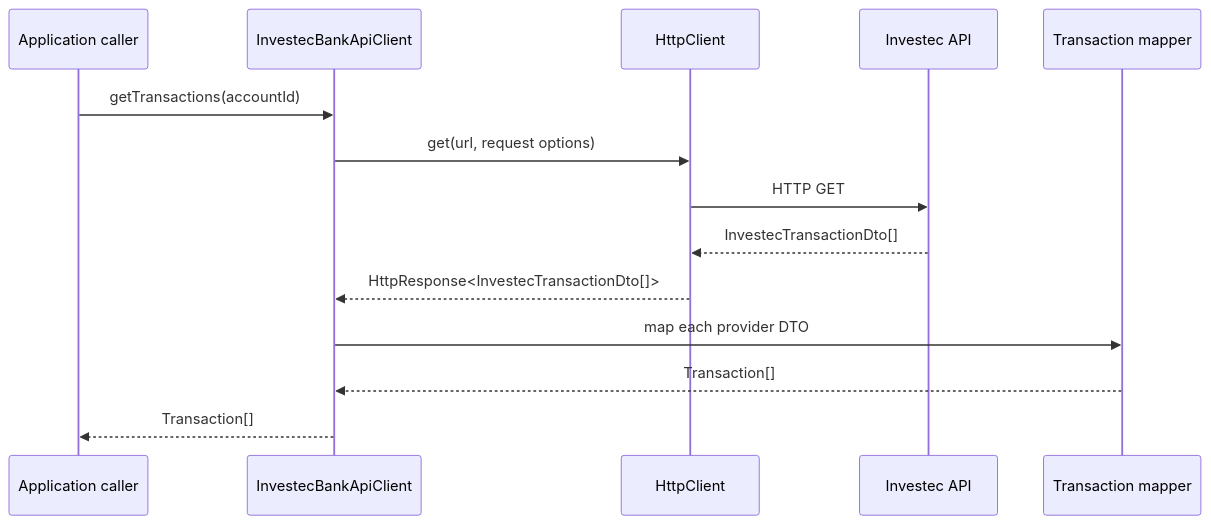
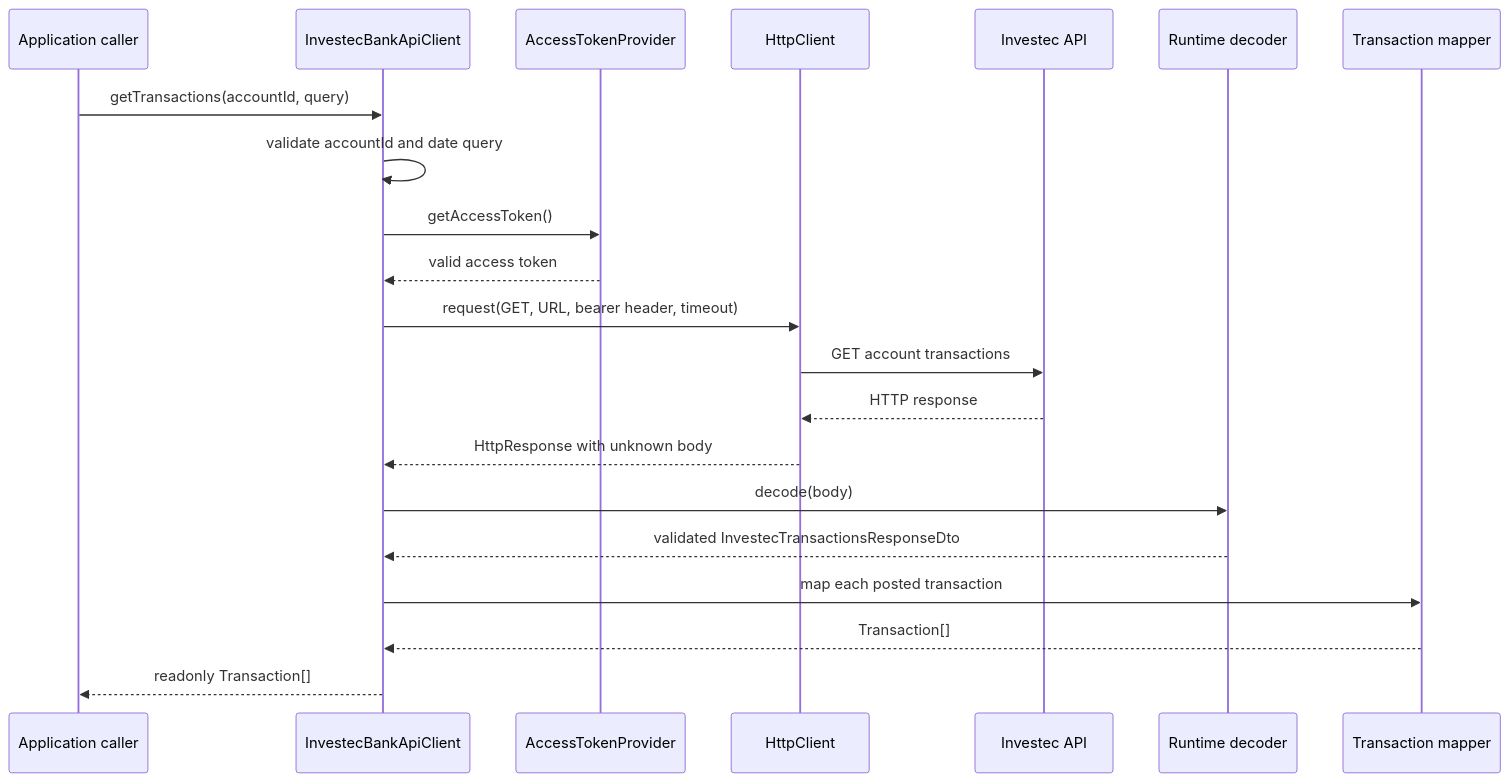
The second of 2 diagrams in docs/spec/05_services-design.md (tjabane/tjabane.agent.tjhelete), drawn with Mermaid before and after one commit. The commit also changed other lines of this file, not shown here.

Commit message:
docs: refine Investec services design

````diff
--- a/docs/spec/05_services-design.md
+++ b/docs/spec/05_services-design.md
@@ -208,17 +483,24 @@
 ```mermaid
 sequenceDiagram
     participant C as Application caller
     participant I as InvestecBankApiClient
+    participant T as AccessTokenProvider
     participant H as HttpClient
     participant A as Investec API
+    participant D as Runtime decoder
     participant M as Transaction mapper
 
-    C->>I: getTransactions(accountId)
-    I->>H: get(url, request options)
-    H->>A: HTTP GET
-    A-->>H: InvestecTransactionDto[]
-    H-->>I: HttpResponse<InvestecTransactionDto[]>
-    I->>M: map each provider DTO
+    C->>I: getTransactions(accountId, query)
+    I->>I: validate accountId and date query
+    I->>T: getAccessToken()
+    T-->>I: valid access token
+    I->>H: request(GET, URL, bearer header, timeout)
+    H->>A: GET account transactions
+    A-->>H: HTTP response
+    H-->>I: HttpResponse with unknown body
+    I->>D: decode(body)
+    D-->>I: validated InvestecTransactionsResponseDto
+    I->>M: map each posted transaction
     M-->>I: Transaction[]
-    I-->>C: Transaction[]
+    I-->>C: readonly Transaction[]
 ```
````
